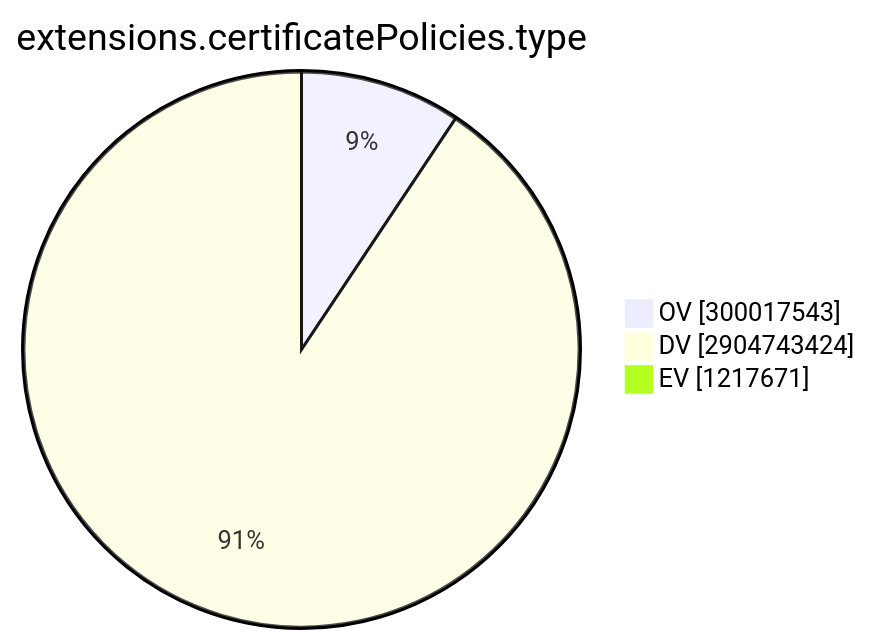
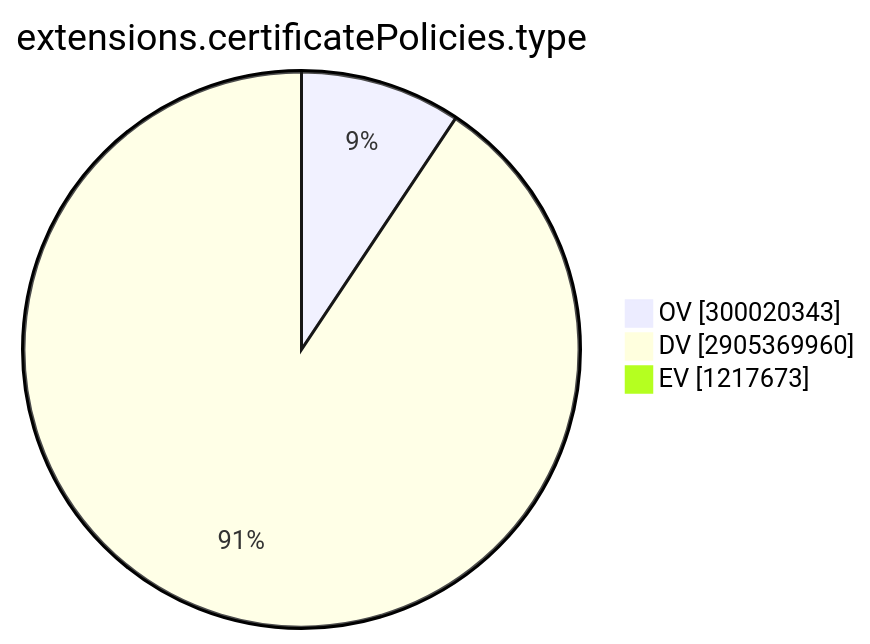
Before and after one commit to christiankrug/ctmonitor_visualization: the ninth of 15 diagrams in TOTAL/README.md, drawn with Mermaid. The commit also changed other lines of this file, not shown here.

````diff
--- a/TOTAL/README.md
+++ b/TOTAL/README.md
@@ -3101,7 +3101,7 @@
 ```mermaid
 pie showData
 title extensions.certificatePolicies.type
-"OV" :300017543
-"DV" :2904743424
-"EV" :1217671
+"OV" :300020343
+"DV" :2905369960
+"EV" :1217673
 ```
````
